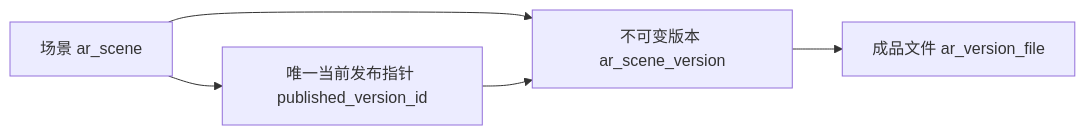
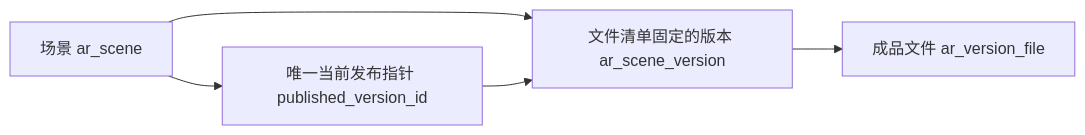
The fourth of 6 diagrams in docs/11-current-platform-architecture.md (dailiuyi/innovation-ar-resource-platform), drawn with Mermaid before and after one commit. The commit also changed other lines of this file and 12 other files, not shown here.

````diff
--- a/docs/11-current-platform-architecture.md
+++ b/docs/11-current-platform-architecture.md
@@ -144,7 +144,7 @@
 ```mermaid
 flowchart LR
-    Scene[场景 ar_scene] --> Version[不可变版本 ar_scene_version]
+    Scene[场景 ar_scene] --> Version[文件清单固定的版本 ar_scene_version]
     Version --> Deliverable[成品文件 ar_version_file]
     Scene --> Pointer[唯一当前发布指针 published_version_id]
     Pointer --> Version
 ```
````
